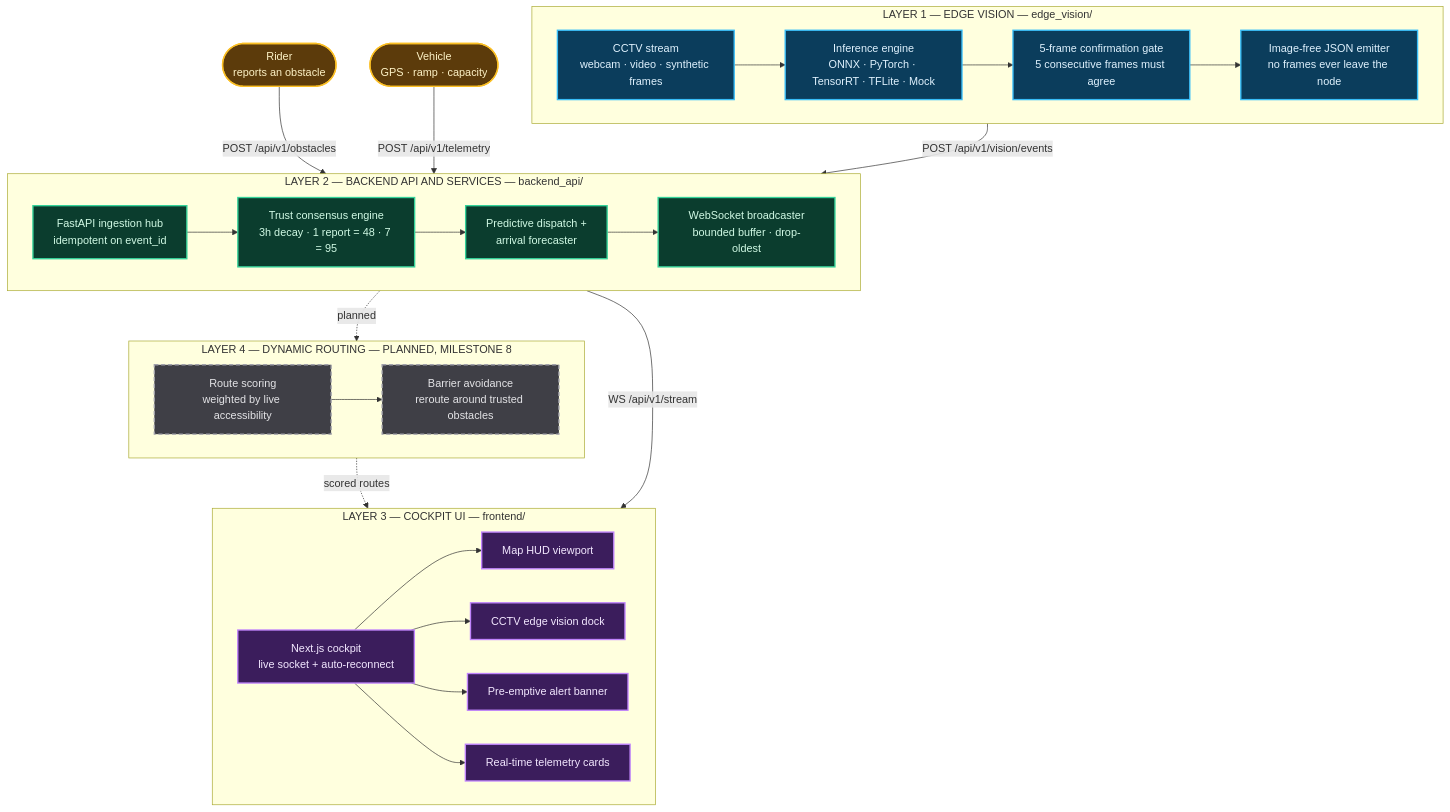
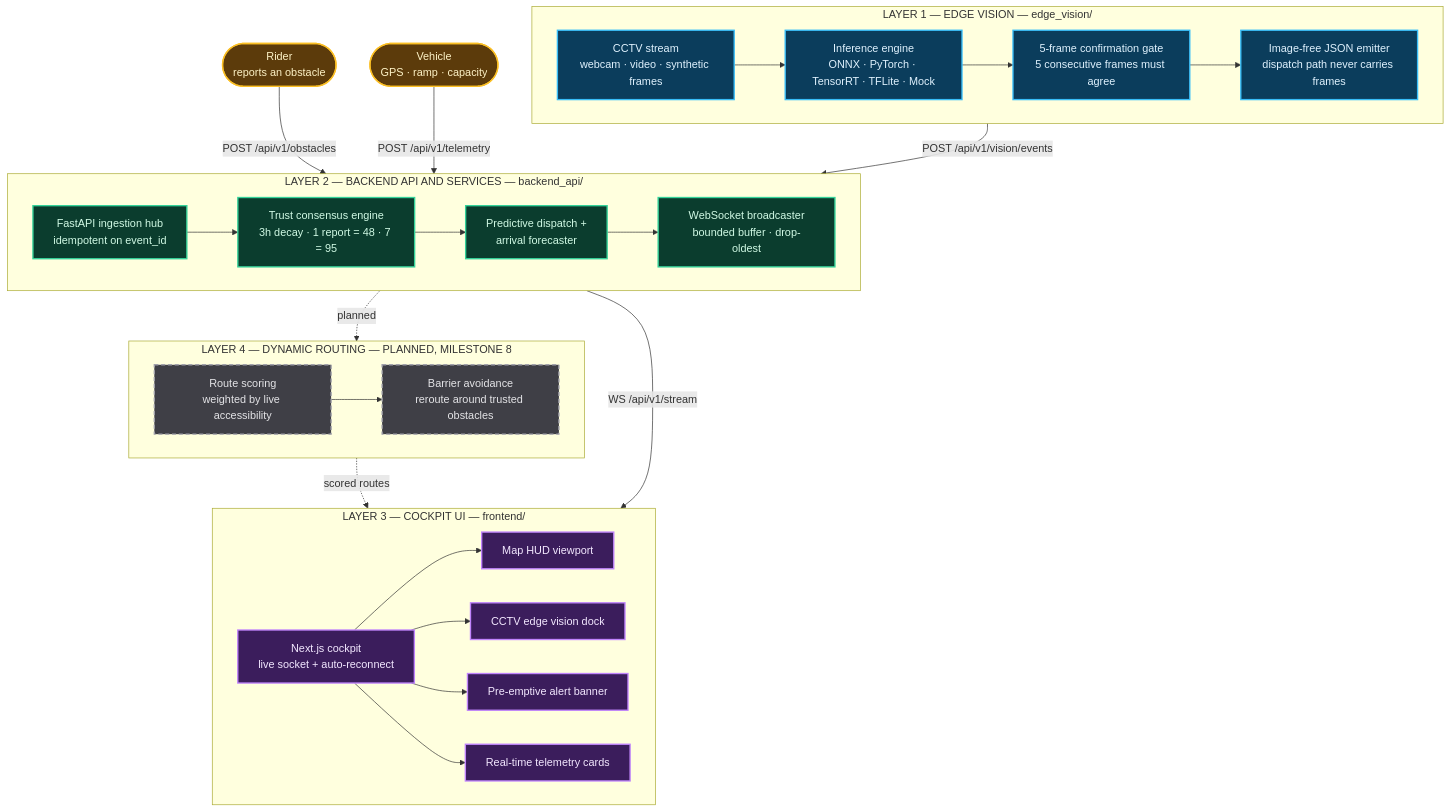
The diagram in README.md (laijoelton/MonFate), drawn with Mermaid before and after one commit. The commit also changed other lines of this file and 15 other files, not shown here.

````diff
--- a/README.md
+++ b/README.md
@@ -25,62 +25,62 @@
 ```mermaid
 flowchart TD
     RIDER(["Rider<br/>reports an obstacle"])
     BUS(["Vehicle<br/>GPS · ramp · capacity"])
 
     subgraph L1["LAYER 1 — EDGE VISION — edge_vision/"]
         direction LR
         CAM["CCTV stream<br/>webcam · video · synthetic frames"]
         INF["Inference engine<br/>ONNX · PyTorch · TensorRT · TFLite · Mock"]
         GATE["5-frame confirmation gate<br/>5 consecutive frames must agree"]
-        EMIT["Image-free JSON emitter<br/>no frames ever leave the node"]
+        EMIT["Image-free JSON emitter<br/>dispatch path never carries frames"]
         CAM --> INF --> GATE --> EMIT
     end
 
     subgraph L2["LAYER 2 — BACKEND API AND SERVICES — backend_api/"]
         direction LR
         HUB["FastAPI ingestion hub<br/>idempotent on event_id"]
         TRUST["Trust consensus engine<br/>3h decay · 1 report = 48 · 7 = 95"]
         PRED["Predictive dispatch +<br/>arrival forecaster"]
         WSB["WebSocket broadcaster<br/>bounded buffer · drop-oldest"]
         HUB --> TRUST --> PRED --> WSB
     end
 
     subgraph L3["LAYER 3 — COCKPIT UI — frontend/"]
         direction LR
         NEXT["Next.js cockpit<br/>live socket + auto-reconnect"]
         MAP["Map HUD viewport"]
         DOCK["CCTV edge vision dock"]
         ALERT["Pre-emptive alert banner"]
         CARDS["Real-time telemetry cards"]
         NEXT --> MAP
         NEXT --> DOCK
         NEXT --> ALERT
         NEXT --> CARDS
     end
 
     subgraph L4["LAYER 4 — DYNAMIC ROUTING — PLANNED, MILESTONE 8"]
         direction LR
         SCORE["Route scoring<br/>weighted by live accessibility"]
         AVOID["Barrier avoidance<br/>reroute around trusted obstacles"]
         SCORE --> AVOID
     end
 
     EMIT -->|"POST /api/v1/vision/events"| HUB
     RIDER -->|"POST /api/v1/obstacles"| HUB
     BUS -->|"POST /api/v1/telemetry"| HUB
     WSB -->|"WS /api/v1/stream"| NEXT
     PRED -.->|"planned"| SCORE
     AVOID -.->|"scored routes"| MAP
 
     classDef edge fill:#0b3d5c,stroke:#38bdf8,stroke-width:2px,color:#e0f2fe
     classDef backend fill:#0b3d2e,stroke:#34d399,stroke-width:2px,color:#d1fae5
     classDef ui fill:#3b1d5c,stroke:#c084fc,stroke-width:2px,color:#f3e8ff
     classDef planned fill:#3f3f46,stroke:#a1a1aa,stroke-width:2px,color:#e4e4e7,stroke-dasharray: 6 4
     classDef actor fill:#5c3b0b,stroke:#fbbf24,stroke-width:2px,color:#fef3c7
 
     class CAM,INF,GATE,EMIT edge
     class HUB,TRUST,PRED,WSB backend
     class NEXT,MAP,DOCK,ALERT,CARDS ui
     class SCORE,AVOID planned
     class RIDER,BUS actor
 ```
````
